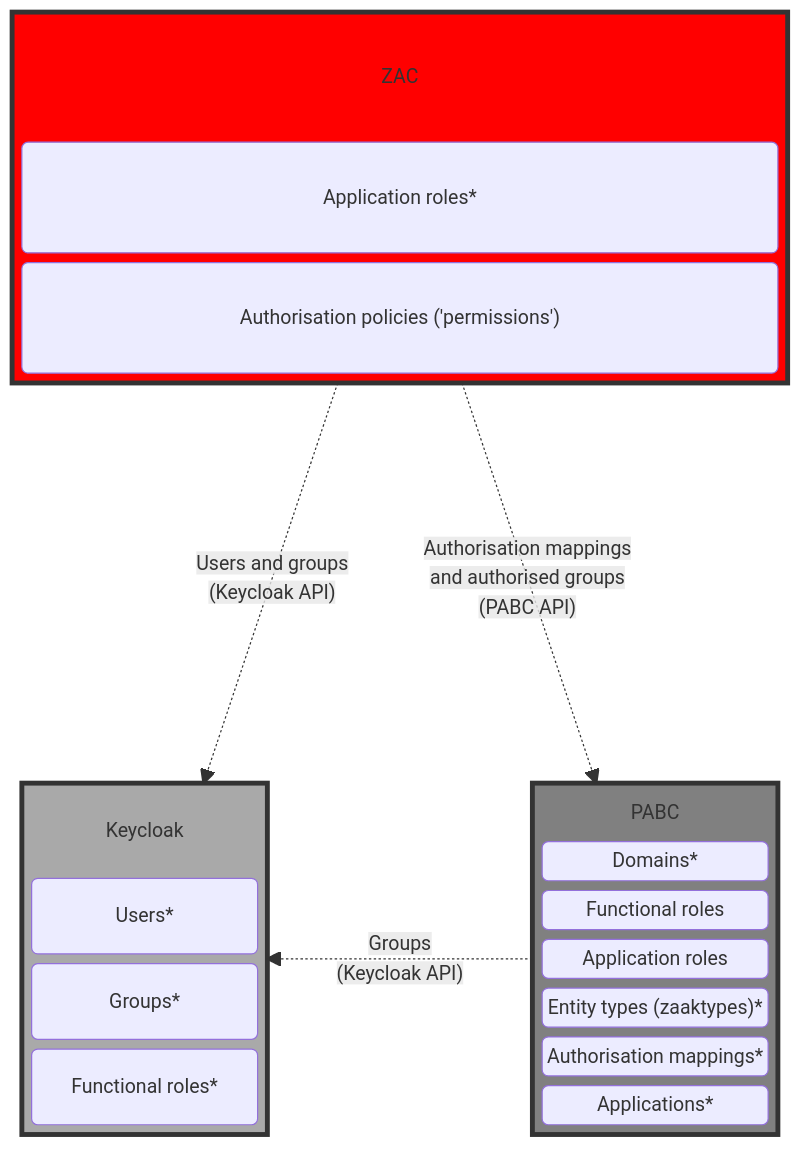
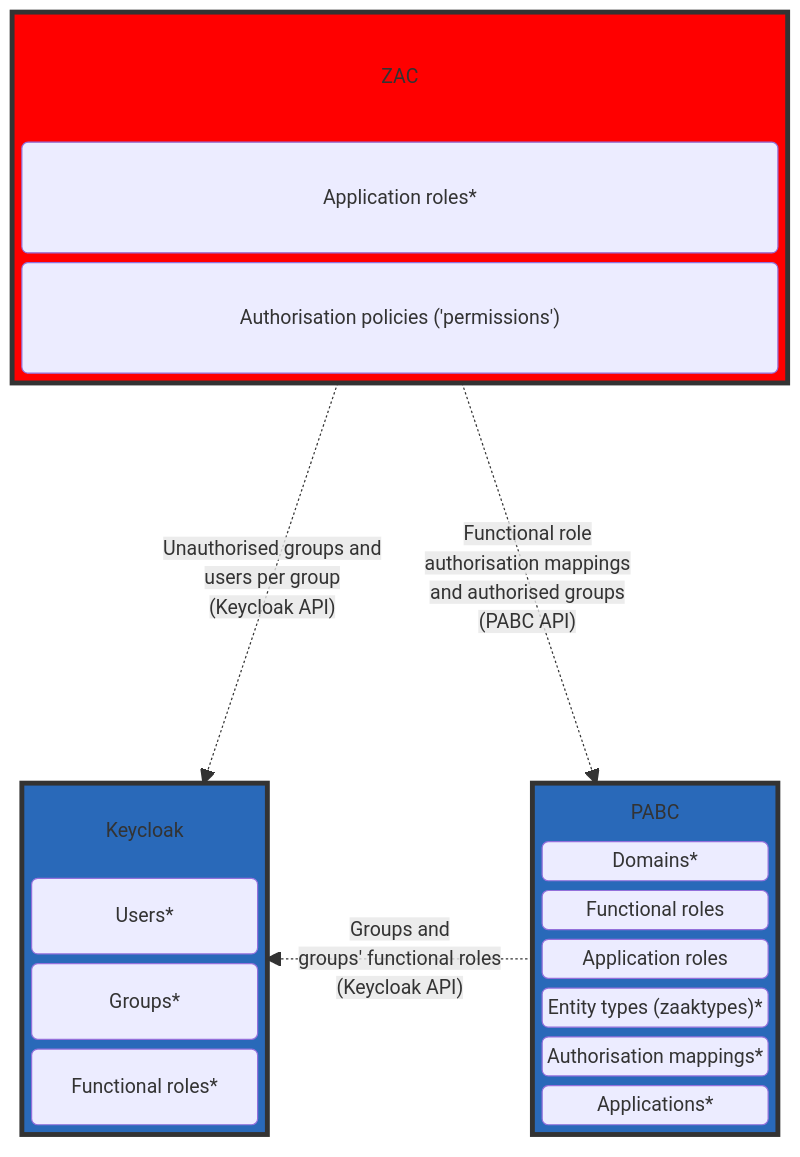
One commit to infonl/dimpact-zaakafhandelcomponent changed the third of 4 diagrams in docs/solution-architecture/iamArchitecture.md. Above: the diagram before and after it, drawn with Mermaid. The commit also changed other lines of this file, not shown here.

First line of the commit message:
docs: updated the IAM architecture docs a little (#5189)

````diff
--- a/docs/solution-architecture/iamArchitecture.md
+++ b/docs/solution-architecture/iamArchitecture.md
@@ -126,47 +133,47 @@
 ```mermaid
 block-beta
     columns 1
     block:ZAC
         columns 1
         zacBlockTitle("ZAC"):1
         ApplicationRolesSource("Application roles*")
         Policies("Authorisation policies ('permissions')")
     end
     space
     block:IAM
         block:Keycloak
             columns 1
             keycloakBlockTitle("Keycloak"):1
             UsersSource("Users*")
             GroupsSource("Groups*")
             FunctionalRolesSource("Functional roles*")
         end
         space
         block:PABC
             columns 1
             pabcBlockTitle("PABC"):1
             Domains("Domains*")
             FunctionalRoles("Functional roles")
             ApplicationRoles("Application roles")
             EntityTypes("Entity types (zaaktypes)*")
             AuthorisationMappings("Authorisation mappings*")
             Applications("Applications*")
         end
     end
 
-    ZAC -- "Users and groups \n(Keycloak API)" -.-> Keycloak
-    ZAC -- "Authorisation mappings\nand authorised groups \n(PABC API)" -.-> PABC
-    PABC -- "Groups \n(Keycloak API)" -.-> Keycloak
+    ZAC -- "Unauthorised groups and<br/>users per group\n(Keycloak API)" -.-> Keycloak
+    ZAC -- "Functional role<br/>authorisation mappings\nand authorised groups \n(PABC API)" -.-> PABC
+    PABC -- "Groups and<br/>groups' functional roles\n(Keycloak API)" -.-> Keycloak
 
-%% workaround to make sure titles of sub-blocks are vertically aligned
+    %% workaround to make sure titles of sub-blocks are vertically aligned
     %% see: https://github.com/mermaid-js/mermaid/issues/5423
     class IAM BT
+    class zacBlockTitle BT
     class keycloakBlockTitle BT
-    class zacBlockTitle BT
     class pabcBlockTitle BT
     classDef BT stroke:transparent,fill:transparent
 
-    style Keycloak fill:darkgrey,stroke:#333,stroke-width:4px
     style ZAC fill:red,stroke:#333,stroke-width:4px
-    style PABC fill:grey,stroke:#333,stroke-width:4px
+    style Keycloak fill:#2969B9,stroke:#333,stroke-width:4px
+    style PABC fill:#2969B9,stroke:#333,stroke-width:4px
 ```
````
